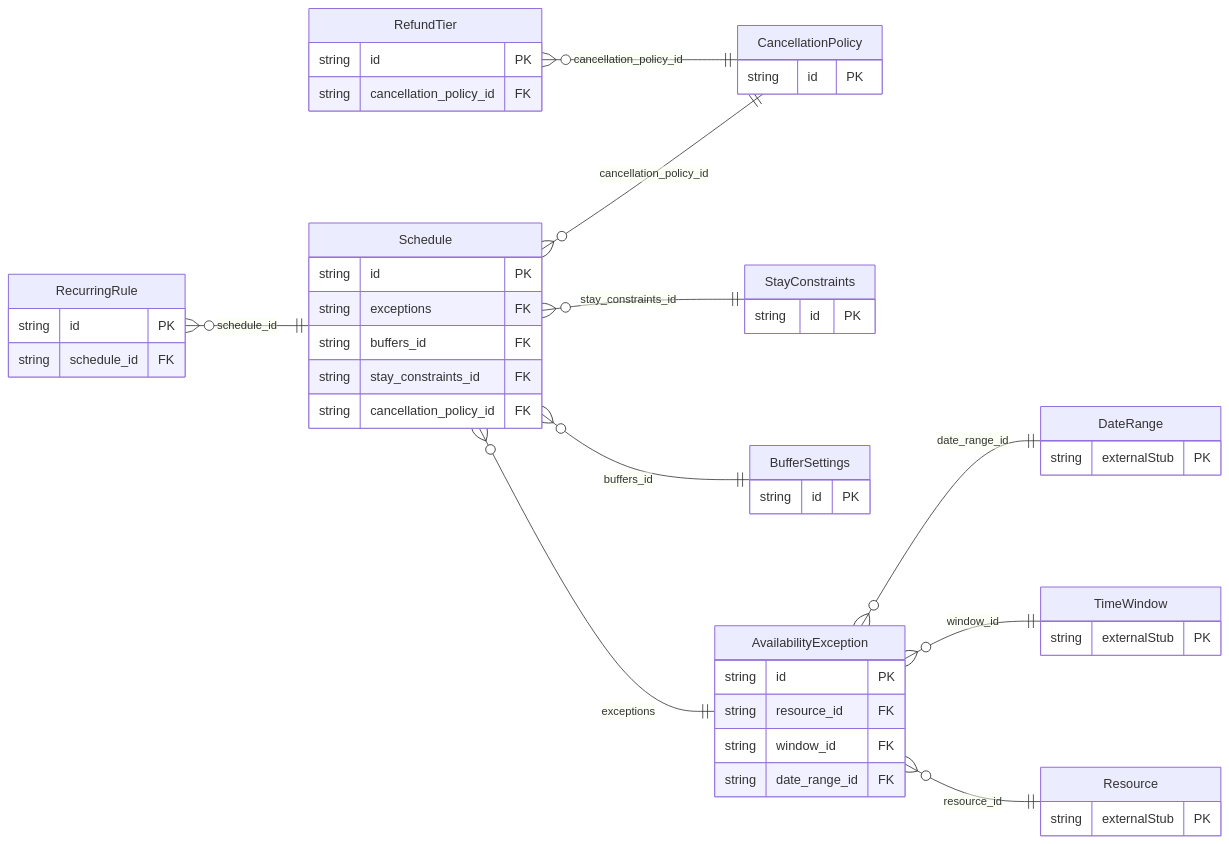
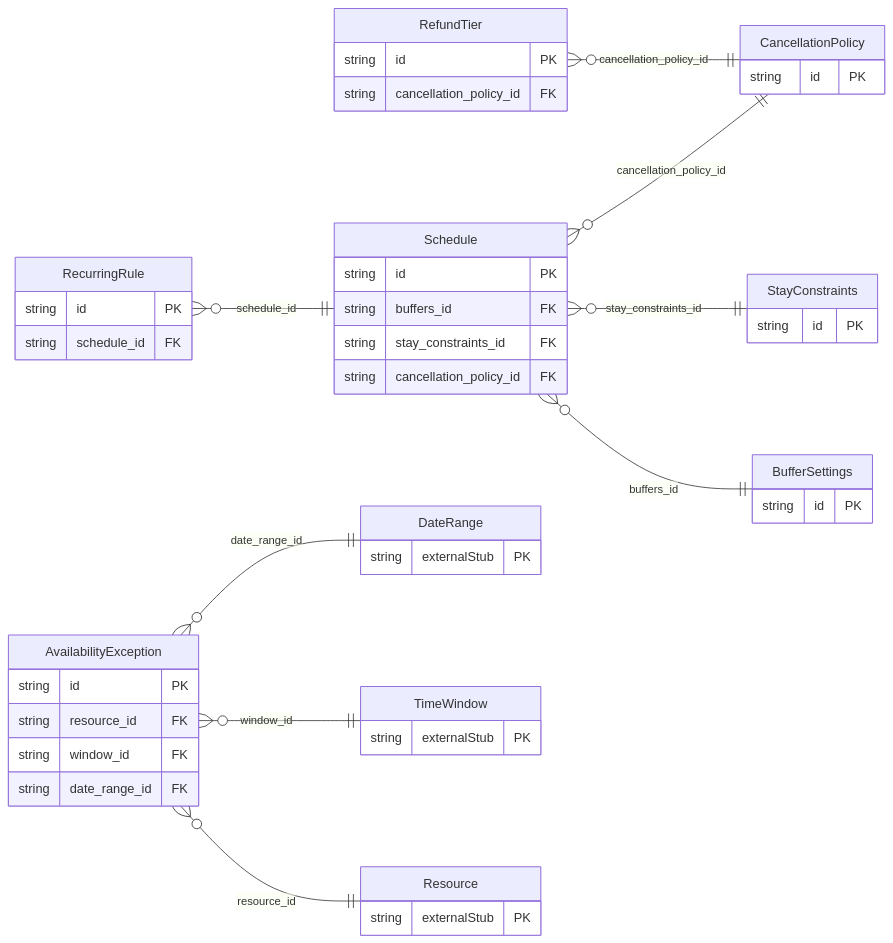
Before and after one commit to oh-tarnished/freebusy: the diagram in protobuf/generated/prisma/freebusy/schedule/README.md, drawn with Mermaid. The commit also changed 33 other files, not shown here.

````diff
--- a/protobuf/generated/prisma/freebusy/schedule/README.md
+++ b/protobuf/generated/prisma/freebusy/schedule/README.md
@@ -13,52 +13,50 @@
 ```mermaid
 erDiagram
     direction LR
     AvailabilityException {
         string id PK
         string resource_id FK
         string window_id FK
         string date_range_id FK
     }
     BufferSettings {
         string id PK
     }
     CancellationPolicy {
         string id PK
     }
     RecurringRule {
         string id PK
         string schedule_id FK
     }
     RefundTier {
         string id PK
         string cancellation_policy_id FK
     }
     Schedule {
         string id PK
-        string exceptions FK
         string buffers_id FK
         string stay_constraints_id FK
         string cancellation_policy_id FK
     }
     StayConstraints {
         string id PK
     }
     DateRange {
         string externalStub PK
     }
     Resource {
         string externalStub PK
     }
     TimeWindow {
         string externalStub PK
     }
     AvailabilityException }o--|| Resource : "resource_id"
     AvailabilityException }o--|| TimeWindow : "window_id"
     AvailabilityException }o--|| DateRange : "date_range_id"
     RecurringRule }o--|| Schedule : "schedule_id"
     RefundTier }o--|| CancellationPolicy : "cancellation_policy_id"
-    Schedule }o--|| AvailabilityException : "exceptions"
     Schedule }o--|| BufferSettings : "buffers_id"
     Schedule }o--|| StayConstraints : "stay_constraints_id"
     Schedule }o--|| CancellationPolicy : "cancellation_policy_id"
 ```
````
